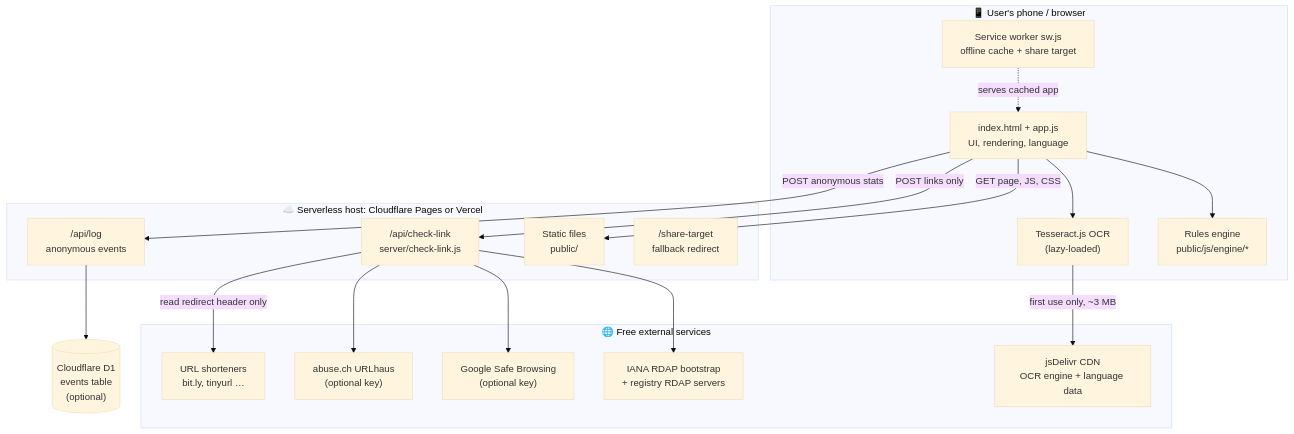
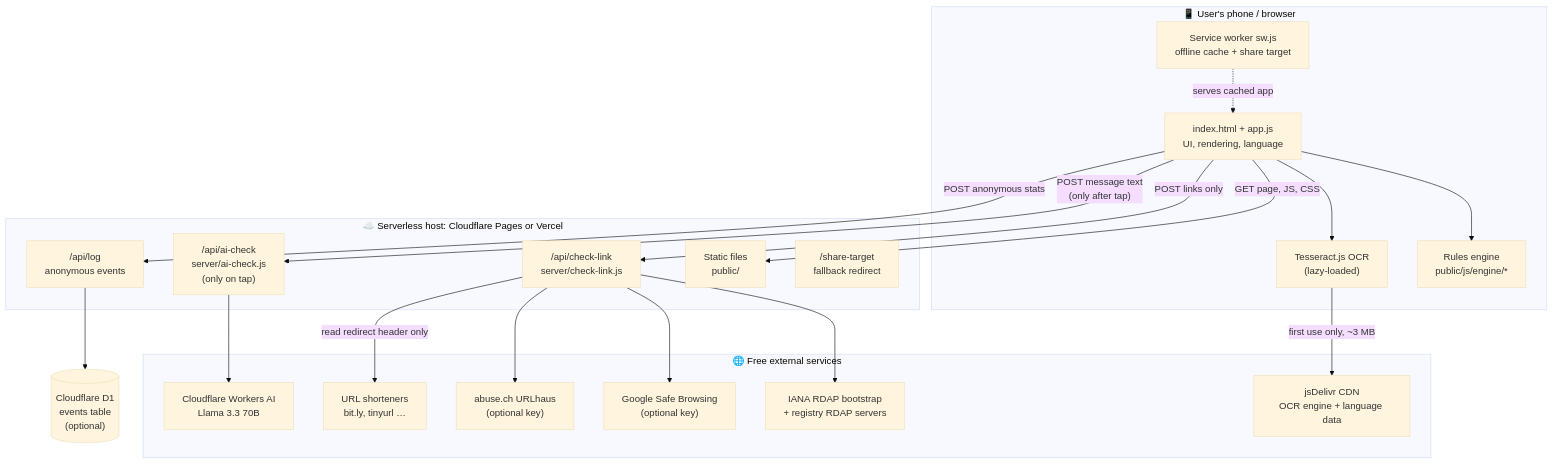
Before and after one commit to adeyanjufuhad/CheckAm: the second of 6 diagrams in README.md, drawn with Mermaid (base theme). The commit also changed other lines of this file and 12 other files, not shown here.

First line of the commit message:
Add optional AI check with Cloudflare Workers AI

````diff
--- a/README.md
+++ b/README.md
@@ -170,39 +171,43 @@
 ```mermaid
 flowchart TB
     subgraph Device["📱 User's phone / browser"]
         UI["index.html + app.js<br/>UI, rendering, language"]
         ENG["Rules engine<br/>public/js/engine/*"]
         OCR["Tesseract.js OCR<br/>(lazy-loaded)"]
         SW["Service worker sw.js<br/>offline cache + share target"]
         UI --> ENG
         UI --> OCR
         SW -.serves cached app.-> UI
     end
 
     subgraph Edge["☁️ Serverless host: Cloudflare Pages or Vercel"]
         STATIC["Static files<br/>public/"]
         CL["/api/check-link<br/>server/check-link.js"]
+        AIC["/api/ai-check<br/>server/ai-check.js<br/>(only on tap)"]
         LOG["/api/log<br/>anonymous events"]
         ST["/share-target<br/>fallback redirect"]
     end
 
     subgraph External["🌐 Free external services"]
         IANA["IANA RDAP bootstrap<br/>+ registry RDAP servers"]
         GSB["Google Safe Browsing<br/>(optional key)"]
         UH["abuse.ch URLhaus<br/>(optional key)"]
         SHORT["URL shorteners<br/>bit.ly, tinyurl …"]
         CDN["jsDelivr CDN<br/>OCR engine + language data"]
+        WAI["Cloudflare Workers AI<br/>Llama 3.3 70B"]
     end
 
     D1[("Cloudflare D1<br/>events table<br/>(optional)")]
 
     UI -- "GET page, JS, CSS" --> STATIC
     UI -- "POST links only" --> CL
+    UI -- "POST message text<br/>(only after tap)" --> AIC
+    AIC --> WAI
     UI -- "POST anonymous stats" --> LOG
     CL --> IANA
     CL --> GSB
     CL --> UH
     CL -- "read redirect header only" --> SHORT
     LOG --> D1
     OCR -- "first use only, ~3 MB" --> CDN
 ```
````
